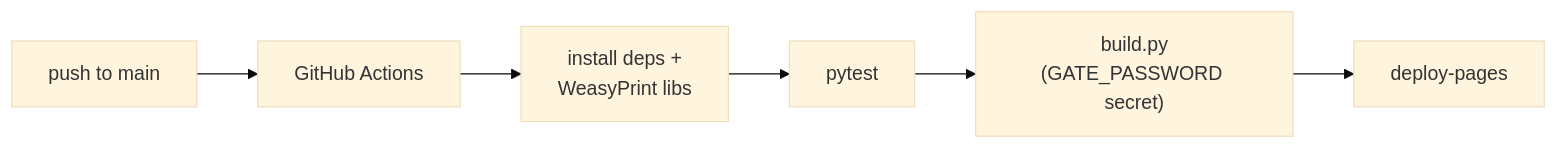
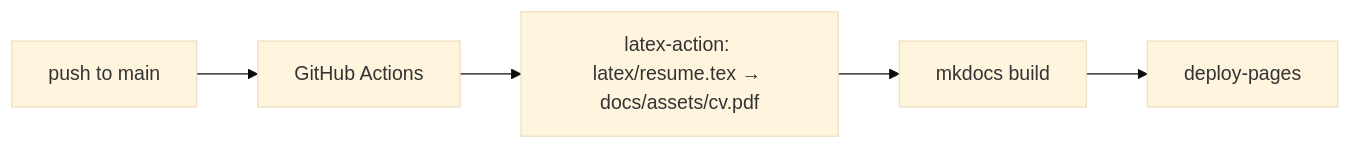
One commit to radheem/my-cv changed the second of 2 diagrams in docs/setup.md. Above: the diagram before and after it, drawn with Mermaid (base theme). The commit also changed other lines of this file and 2 other files, not shown here.

First line of the commit message:
docs: rewrite cli/architecture/setup for the LaTeX + Drive + tracker flow

````diff
--- a/docs/setup.md
+++ b/docs/setup.md
@@ -137,8 +86,7 @@
 ```mermaid
 flowchart LR
     P[push to main] --> A[GitHub Actions]
-    A --> B[install deps +\nWeasyPrint libs]
-    B --> T[pytest]
-    T --> BUILD["build.py\n(GATE_PASSWORD secret)"]
-    BUILD --> D[deploy-pages]
+    A --> CV[latex-action: latex/resume.tex → docs/assets/cv.pdf]
+    CV --> B[mkdocs build]
+    B --> D[deploy-pages]
 ```
````
